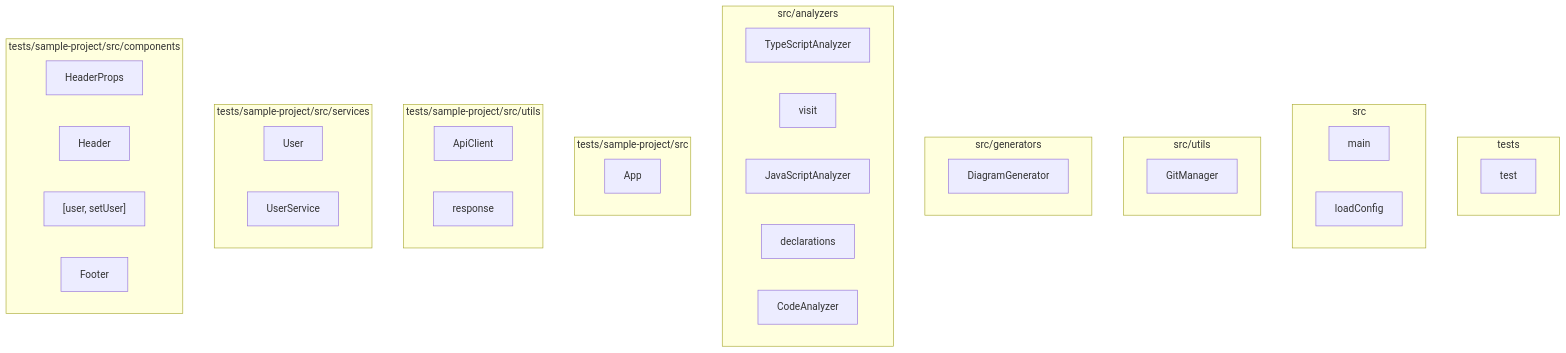
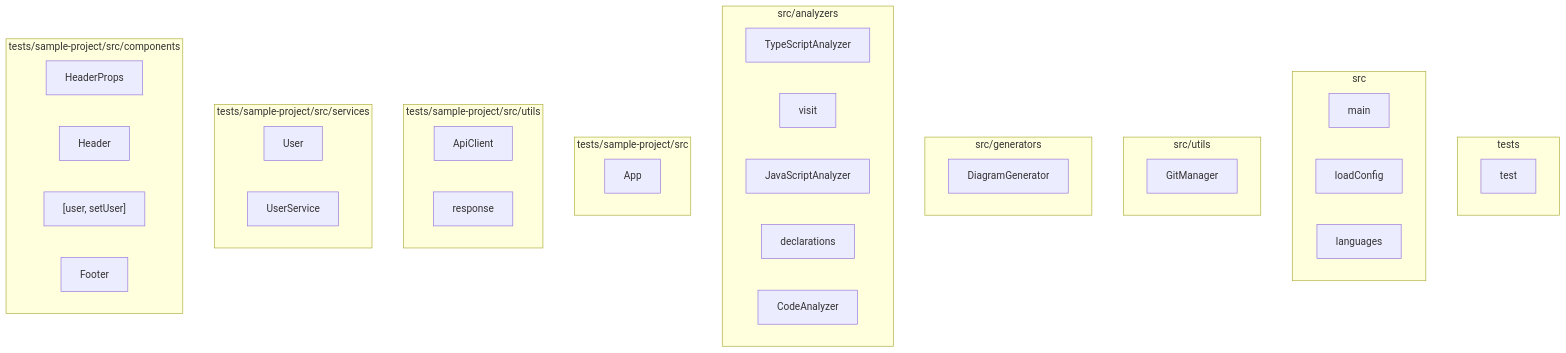
The diagram in docs/architecture/architecture.md (samjhill/diagrammer), drawn with Mermaid before and after one commit.

Commit message:
docs(architecture): update generated diagrams [skip ci]

````diff
--- a/docs/architecture/architecture.md
+++ b/docs/architecture/architecture.md
@@ -5,73 +5,75 @@
 ```mermaid
 graph TD
   classDef component fill:#e1f5fe,stroke:#01579b,stroke-width:2px
   classDef external fill:#fff3e0,stroke:#e65100,stroke-width:2px
   classDef internal fill:#f3e5f5,stroke:#4a148c,stroke-width:2px
 
   subgraph tests["tests"]
     test["test"]
   end
 
   subgraph src["src"]
     main["main"]
     loadConfig["loadConfig"]
+    languages["languages"]
   end
 
   subgraph src_utils["src/utils"]
     GitManager["GitManager"]
   end
 
   subgraph src_generators["src/generators"]
     DiagramGenerator["DiagramGenerator"]
   end
 
   subgraph src_analyzers["src/analyzers"]
     TypeScriptAnalyzer["TypeScriptAnalyzer"]
     visit["visit"]
     JavaScriptAnalyzer["JavaScriptAnalyzer"]
     declarations["declarations"]
     CodeAnalyzer["CodeAnalyzer"]
   end
 
   subgraph tests_sample_project_src["tests/sample-project/src"]
     App["App"]
   end
 
   subgraph tests_sample_project_src_utils["tests/sample-project/src/utils"]
     ApiClient["ApiClient"]
     response["response"]
   end
 
   subgraph tests_sample_project_src_services["tests/sample-project/src/services"]
     User["User"]
     UserService["UserService"]
   end
 
   subgraph tests_sample_project_src_components["tests/sample-project/src/components"]
     HeaderProps["HeaderProps"]
     Header["Header"]
     _user__setUser_["[user, setUser]"]
     Footer["Footer"]
   end
 
   test
   main
   loadConfig
+  languages
   GitManager
   DiagramGenerator
   TypeScriptAnalyzer
   visit
   JavaScriptAnalyzer
   declarations
   CodeAnalyzer
   App
   ApiClient
   response
   User
   UserService
   HeaderProps
   Header
   _user__setUser_
   Footer
 
 ```
````
